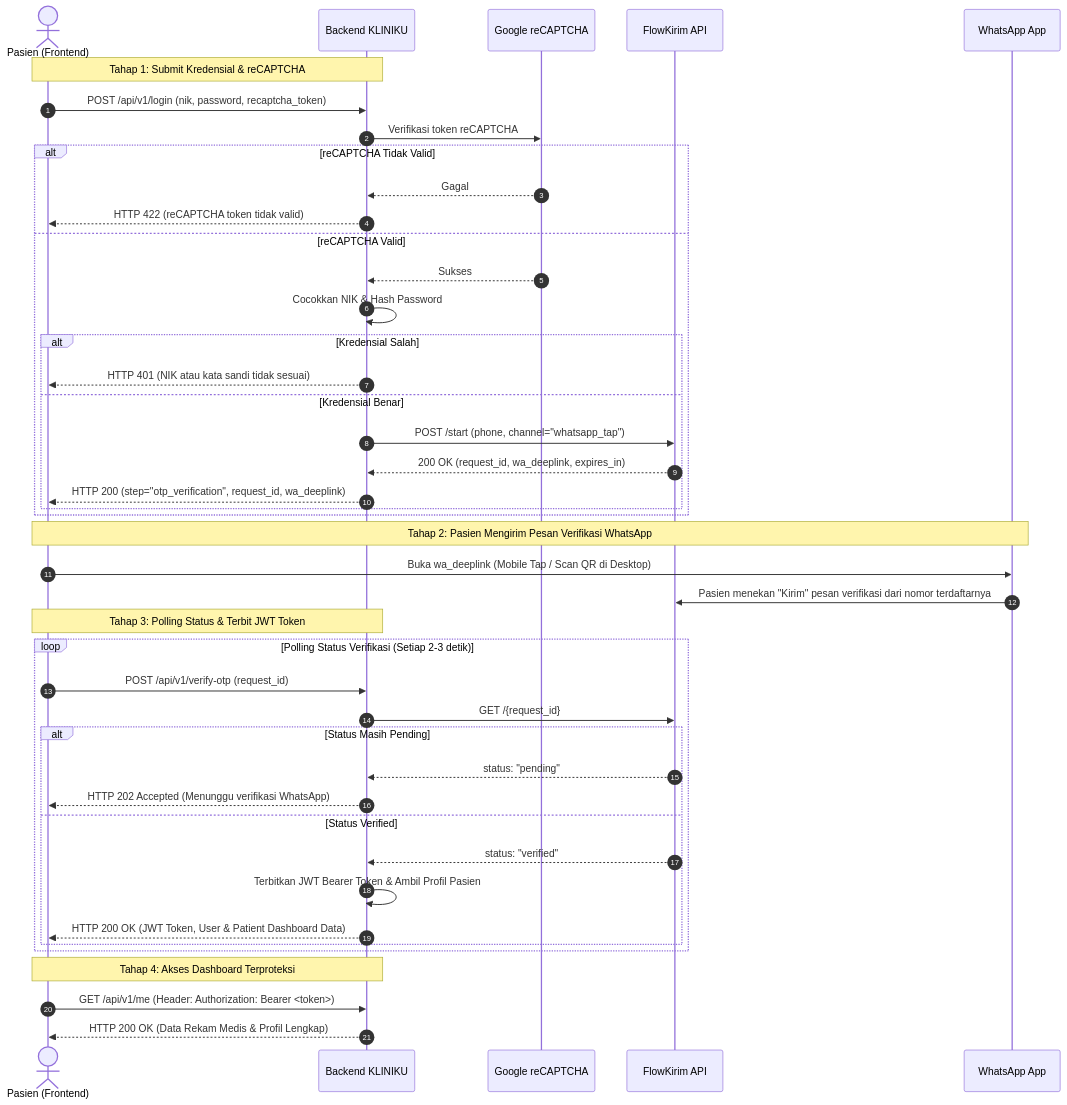
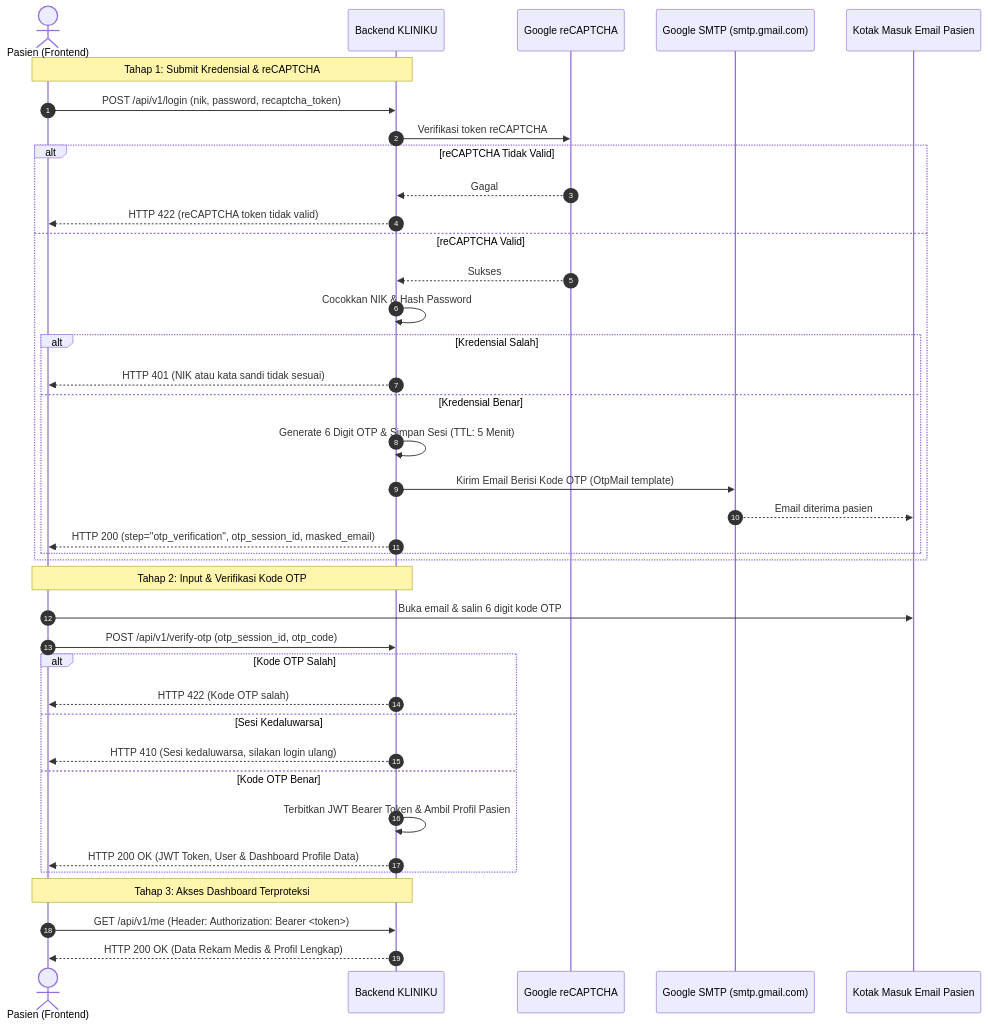
Before and after one commit to Kelompok-5-D3TIB-25/kliniku: the diagram in backend/docs/API_DOCUMENTATION.md, drawn with Mermaid. The commit also changed other lines of this file and 17 other files, not shown here.

Commit message:
feat(auth): switch 2FA OTP from WhatsApp to SMTP Email with Google Workspace

````diff
--- a/backend/docs/API_DOCUMENTATION.md
+++ b/backend/docs/API_DOCUMENTATION.md
@@ -122,49 +122,44 @@
 ```mermaid
 sequenceDiagram
     autonumber
     actor Pasien as Pasien (Frontend)
     participant API as Backend KLINIKU
     participant Recaptcha as Google reCAPTCHA
-    participant FlowKirim as FlowKirim API
-    participant WA as WhatsApp App
+    participant SMTP as Google SMTP (smtp.gmail.com)
+    participant Inbox as Kotak Masuk Email Pasien
 
     Note over Pasien,API: Tahap 1: Submit Kredensial & reCAPTCHA
     Pasien->>API: POST /api/v1/login (nik, password, recaptcha_token)
     API->>Recaptcha: Verifikasi token reCAPTCHA
     alt reCAPTCHA Tidak Valid
         Recaptcha-->>API: Gagal
         API-->>Pasien: HTTP 422 (reCAPTCHA token tidak valid)
     else reCAPTCHA Valid
         Recaptcha-->>API: Sukses
         API->>API: Cocokkan NIK & Hash Password
         alt Kredensial Salah
             API-->>Pasien: HTTP 401 (NIK atau kata sandi tidak sesuai)
         else Kredensial Benar
-            API->>FlowKirim: POST /start (phone, channel="whatsapp_tap")
-            FlowKirim-->>API: 200 OK (request_id, wa_deeplink, expires_in)
-            API-->>Pasien: HTTP 200 (step="otp_verification", request_id, wa_deeplink)
+            API->>API: Generate 6 Digit OTP & Simpan Sesi (TTL: 5 Menit)
+            API->>SMTP: Kirim Email Berisi Kode OTP (OtpMail template)
+            SMTP-->>Inbox: Email diterima pasien
+            API-->>Pasien: HTTP 200 (step="otp_verification", otp_session_id, masked_email)
         end
     end
 
-    Note over Pasien,WA: Tahap 2: Pasien Mengirim Pesan Verifikasi WhatsApp
-    Pasien->>WA: Buka wa_deeplink (Mobile Tap / Scan QR di Desktop)
-    WA->>FlowKirim: Pasien menekan "Kirim" pesan verifikasi dari nomor terdaftarnya
-
-    Note over Pasien,API: Tahap 3: Polling Status & Terbit JWT Token
-    loop Polling Status Verifikasi (Setiap 2-3 detik)
-        Pasien->>API: POST /api/v1/verify-otp (request_id)
-        API->>FlowKirim: GET /{request_id}
-        alt Status Masih Pending
-            FlowKirim-->>API: status: "pending"
-            API-->>Pasien: HTTP 202 Accepted (Menunggu verifikasi WhatsApp)
-        else Status Verified
-            FlowKirim-->>API: status: "verified"
-            API->>API: Terbitkan JWT Bearer Token & Ambil Profil Pasien
-            API-->>Pasien: HTTP 200 OK (JWT Token, User & Patient Dashboard Data)
-        end
+    Note over Pasien,API: Tahap 2: Input & Verifikasi Kode OTP
+    Pasien->>Inbox: Buka email & salin 6 digit kode OTP
+    Pasien->>API: POST /api/v1/verify-otp (otp_session_id, otp_code)
+    alt Kode OTP Salah
+        API-->>Pasien: HTTP 422 (Kode OTP salah)
+    else Sesi Kedaluwarsa
+        API-->>Pasien: HTTP 410 (Sesi kedaluwarsa, silakan login ulang)
+    else Kode OTP Benar
+        API->>API: Terbitkan JWT Bearer Token & Ambil Profil Pasien
+        API-->>Pasien: HTTP 200 OK (JWT Token, User & Dashboard Profile Data)
     end
 
-    Note over Pasien,API: Tahap 4: Akses Dashboard Terproteksi
+    Note over Pasien,API: Tahap 3: Akses Dashboard Terproteksi
     Pasien->>API: GET /api/v1/me (Header: Authorization: Bearer <token>)
     API-->>Pasien: HTTP 200 OK (Data Rekam Medis & Profil Lengkap)
 ```
````
